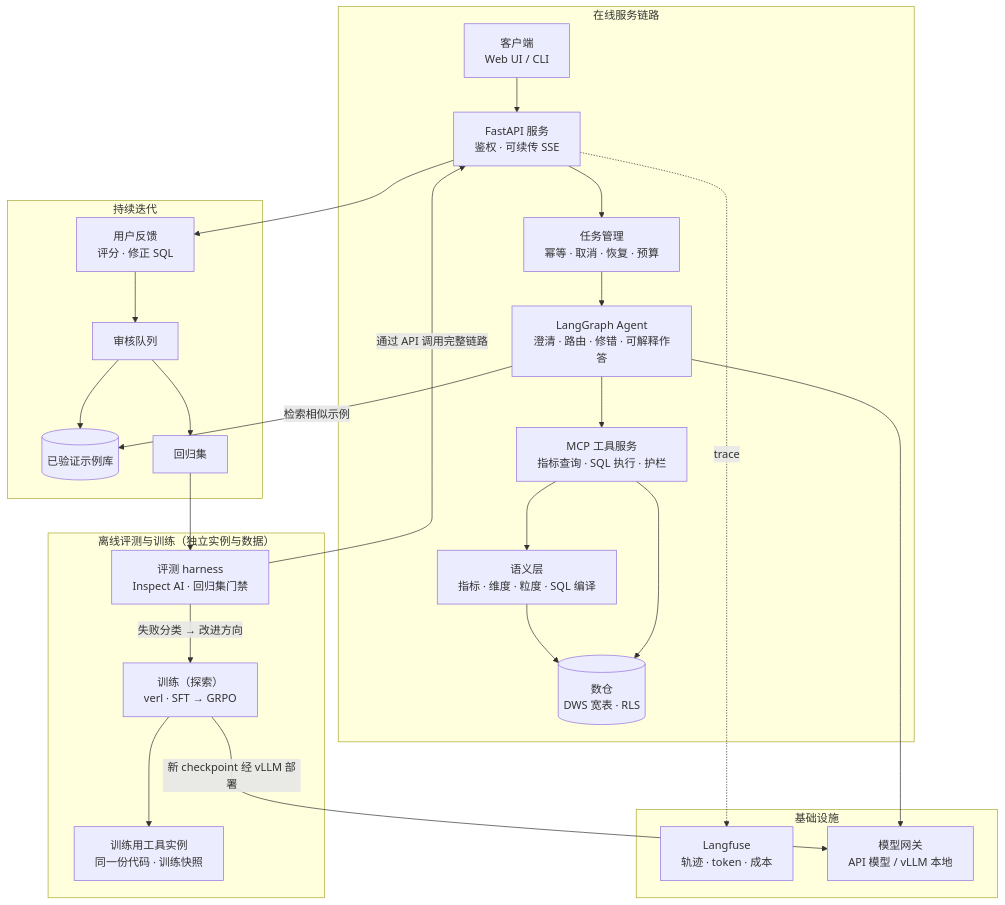
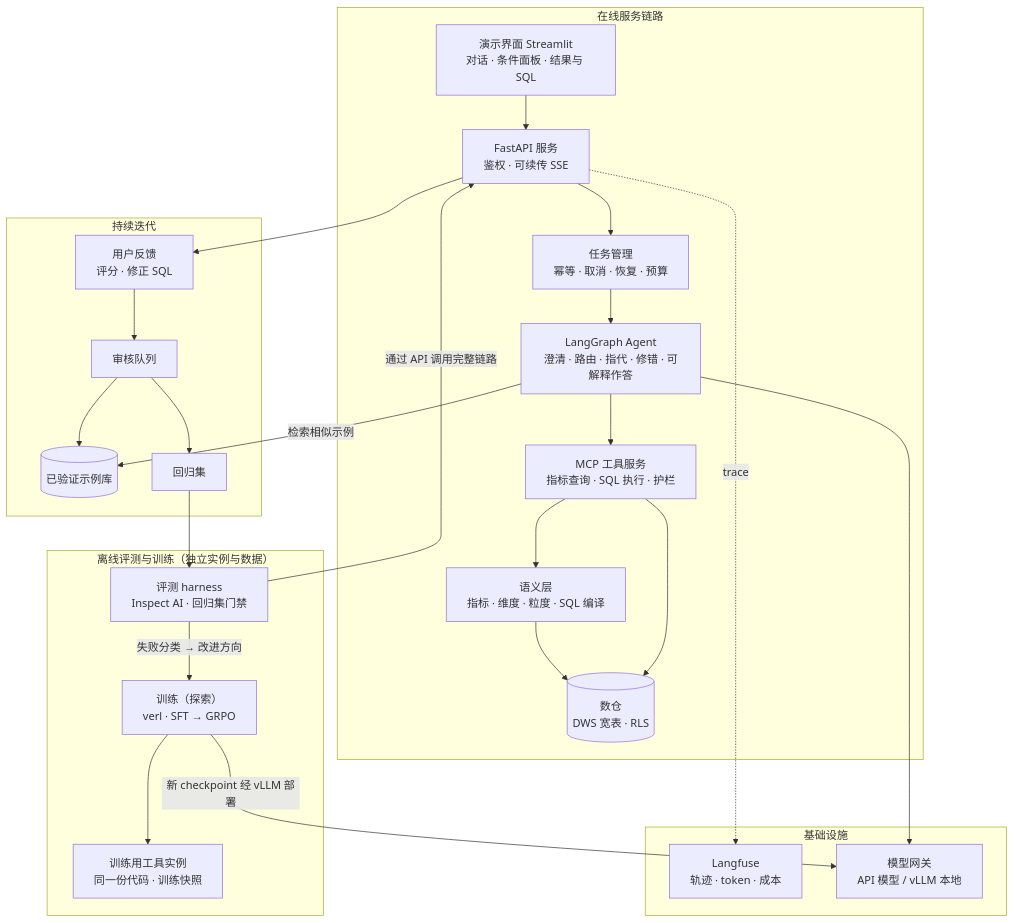
Before and after one commit to rookiewyx/sql-agent-rl: the diagram in README.md, drawn with Mermaid. The commit also changed other lines of this file and 1 other file, not shown here.

````diff
--- a/README.md
+++ b/README.md
@@ -100,39 +119,39 @@
 ```mermaid
 flowchart TB
     subgraph Online["在线服务链路"]
-        C[客户端<br/>Web UI / CLI] --> API[FastAPI 服务<br/>鉴权 · 可续传 SSE]
+        C[演示界面 Streamlit<br/>对话 · 条件面板 · 结果与 SQL] --> API[FastAPI 服务<br/>鉴权 · 可续传 SSE]
         API --> TM[任务管理<br/>幂等 · 取消 · 恢复 · 预算]
-        TM --> AG[LangGraph Agent<br/>澄清 · 路由 · 修错 · 可解释作答]
+        TM --> AG[LangGraph Agent<br/>澄清 · 路由 · 指代 · 修错 · 可解释作答]
         AG --> MCP[MCP 工具服务<br/>指标查询 · SQL 执行 · 护栏]
         MCP --> SEM[语义层<br/>指标 · 维度 · 粒度 · SQL 编译]
         SEM --> DW[(数仓<br/>DWS 宽表 · RLS)]
         MCP --> DW
     end
 
     subgraph Iterate["持续迭代"]
         FB[用户反馈<br/>评分 · 修正 SQL] --> RV[审核队列]
         RV --> EX[(已验证示例库)]
         RV --> REG[回归集]
     end
 
     subgraph Infra["基础设施"]
         LF[Langfuse<br/>轨迹 · token · 成本]
         GW[模型网关<br/>API 模型 / vLLM 本地]
     end
 
     subgraph Offline["离线评测与训练（独立实例与数据）"]
         EV[评测 harness<br/>Inspect AI · 回归集门禁]
         RL[训练（探索）<br/>verl · SFT → GRPO]
         ENV[训练用工具实例<br/>同一份代码 · 训练快照]
     end
 
     API --> FB
     AG -->|检索相似示例| EX
     API -.trace.-> LF
     AG --> GW
     REG --> EV
     EV -->|通过 API 调用完整链路| API
     EV -->|失败分类 → 改进方向| RL
     RL --> ENV
     RL -->|新 checkpoint 经 vLLM 部署| GW
 ```
````
